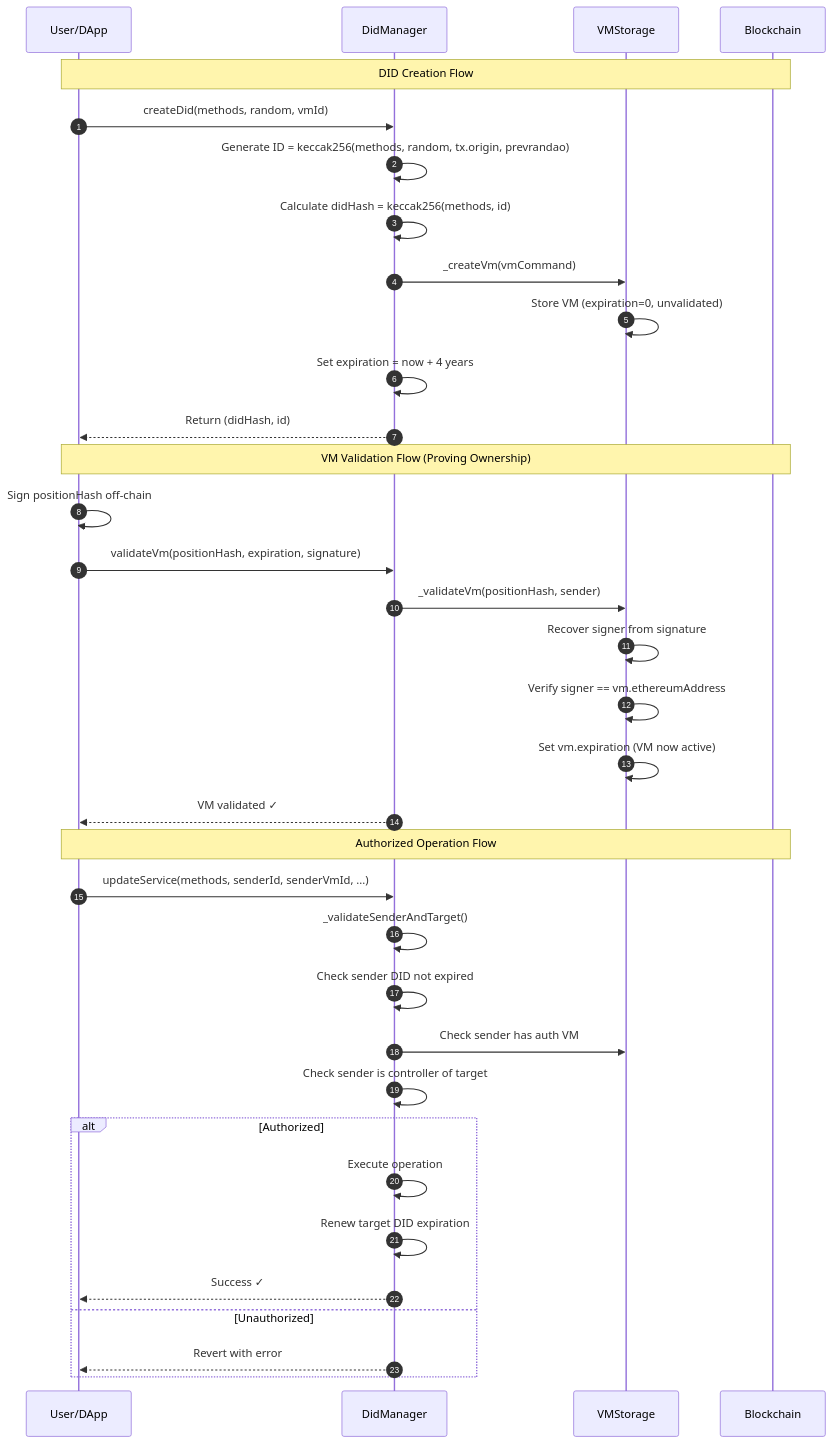
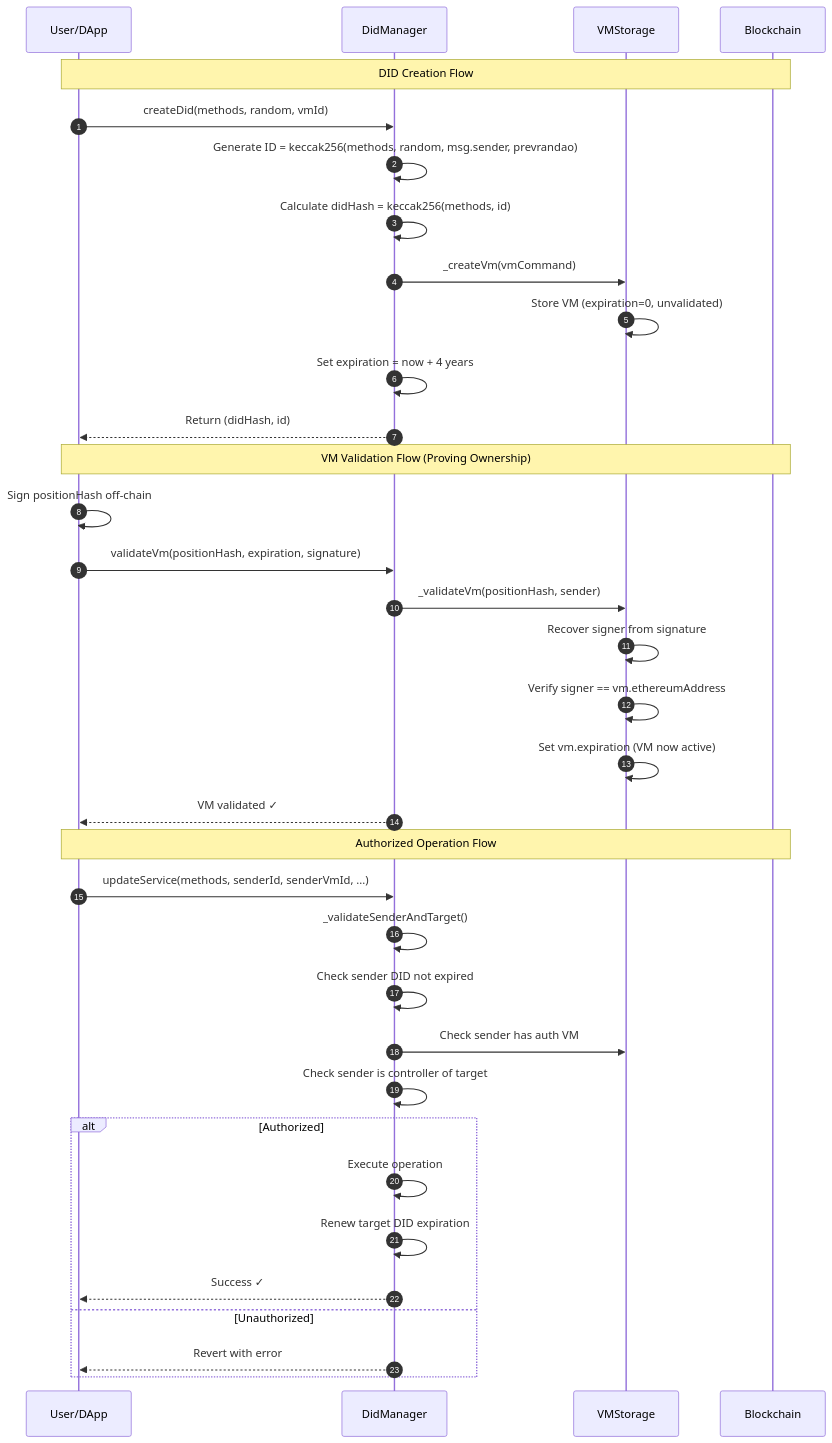
One commit to MiguelLZPF/SSIoBC-did changed the seventh of 10 diagrams in PROJECT.md. Above: the diagram before and after it, drawn with Mermaid. The commit also changed other lines of this file and 25 other files, not shown here.

First line of the commit message:
feat!: msg.sender auth, ERC-1271 signers, conformant DID strings

````diff
--- a/PROJECT.md
+++ b/PROJECT.md
@@ -615,40 +617,40 @@
 ```mermaid
 sequenceDiagram
     autonumber
     participant User as User/DApp
     participant DM as DidManager
     participant VMS as VMStorage
     participant Chain as Blockchain
 
     Note over User,Chain: DID Creation Flow
     User->>DM: createDid(methods, random, vmId)
-    DM->>DM: Generate ID = keccak256(methods, random, tx.origin, prevrandao)
+    DM->>DM: Generate ID = keccak256(methods, random, msg.sender, prevrandao)
     DM->>DM: Calculate didHash = keccak256(methods, id)
     DM->>VMS: _createVm(vmCommand)
     VMS->>VMS: Store VM (expiration=0, unvalidated)
     DM->>DM: Set expiration = now + 4 years
     DM-->>User: Return (didHash, id)
 
     Note over User,Chain: VM Validation Flow (Proving Ownership)
     User->>User: Sign positionHash off-chain
     User->>DM: validateVm(positionHash, expiration, signature)
     DM->>VMS: _validateVm(positionHash, sender)
     VMS->>VMS: Recover signer from signature
     VMS->>VMS: Verify signer == vm.ethereumAddress
     VMS->>VMS: Set vm.expiration (VM now active)
     DM-->>User: VM validated ✓
 
     Note over User,Chain: Authorized Operation Flow
     User->>DM: updateService(methods, senderId, senderVmId, ...)
     DM->>DM: _validateSenderAndTarget()
     DM->>DM: Check sender DID not expired
     DM->>VMS: Check sender has auth VM
     DM->>DM: Check sender is controller of target
     alt Authorized
         DM->>DM: Execute operation
         DM->>DM: Renew target DID expiration
         DM-->>User: Success ✓
     else Unauthorized
         DM-->>User: Revert with error
     end
 ```
````
